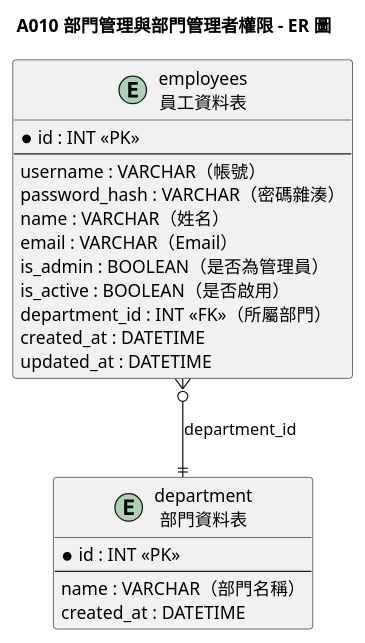
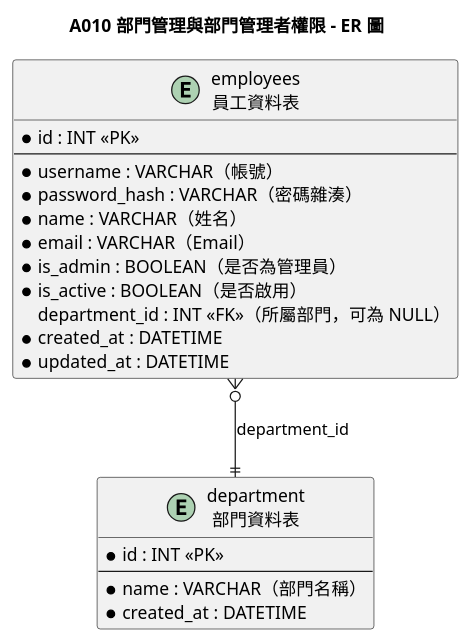
One commit to teyhawzhe/bento-uml changed the diagram in output/A010/A010-er.puml. Above: the diagram before and after it, drawn with PlantUML. The commit also changed 8 other files, not shown here.

```diff
--- a/output/A010/A010-er.puml
+++ b/output/A010/A010-er.puml
@@ -1,28 +1,28 @@
 @startuml A010-er
 
 title A010 部門管理與部門管理者權限 - ER 圖
 
 entity "employees\n員工資料表" as employees {
   * id : INT <<PK>>
   --
-  username : VARCHAR（帳號）
-  password_hash : VARCHAR（密碼雜湊）
-  name : VARCHAR（姓名）
-  email : VARCHAR（Email）
-  is_admin : BOOLEAN（是否為管理員）
-  is_active : BOOLEAN（是否啟用）
-  department_id : INT <<FK>>（所屬部門）
-  created_at : DATETIME
-  updated_at : DATETIME
+  * username : VARCHAR（帳號）
+  * password_hash : VARCHAR（密碼雜湊）
+  * name : VARCHAR（姓名）
+  * email : VARCHAR（Email）
+  * is_admin : BOOLEAN（是否為管理員）
+  * is_active : BOOLEAN（是否啟用）
+  department_id : INT <<FK>>（所屬部門，可為 NULL）
+  * created_at : DATETIME
+  * updated_at : DATETIME
 }
 
 entity "department\n部門資料表" as department {
   * id : INT <<PK>>
   --
-  name : VARCHAR（部門名稱）
-  created_at : DATETIME
+  * name : VARCHAR（部門名稱）
+  * created_at : DATETIME
 }
 
 employees }o--|| department : "department_id"
 
 @enduml
```
